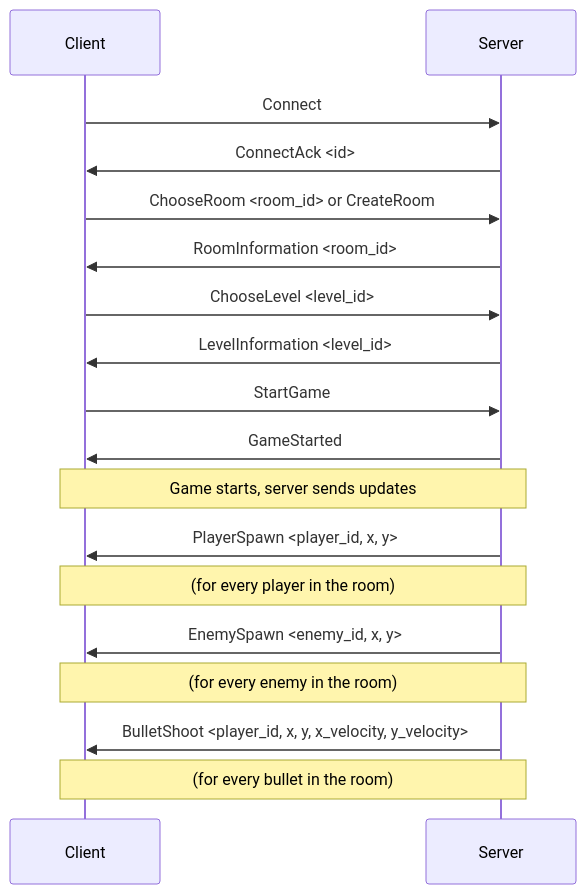
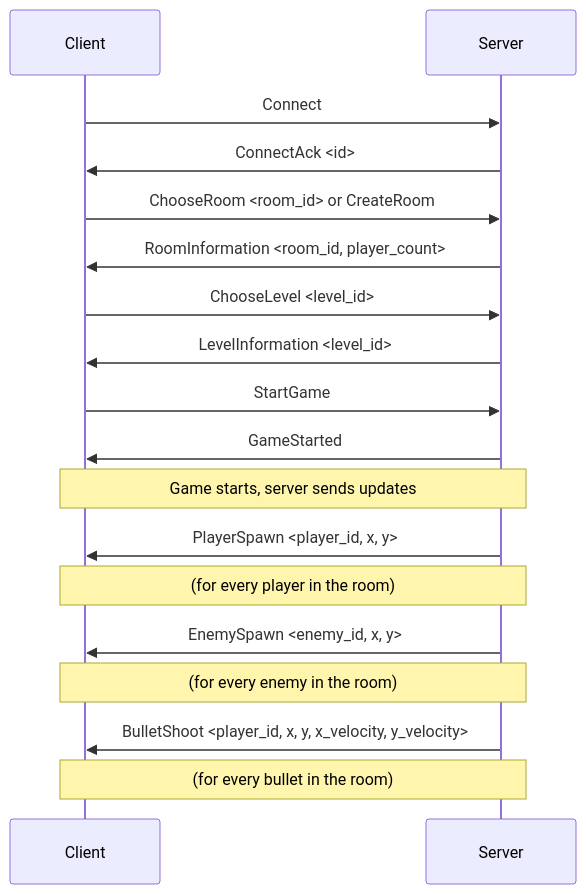
The first of 2 diagrams in docs/PROTOCOL.md (Miou-zora/R-Type), drawn with Mermaid before and after one commit. The commit also changed other lines of this file and 5 other files, not shown here.

````diff
--- a/docs/PROTOCOL.md
+++ b/docs/PROTOCOL.md
@@ -118,20 +119,20 @@
 ```mermaid
 sequenceDiagram
     participant C as Client
     participant S as Server
     C->>S: Connect
     S->>C: ConnectAck <id>
     C->>S: ChooseRoom <room_id> or CreateRoom
-    S->>C: RoomInformation <room_id>
+    S->>C: RoomInformation <room_id, player_count>
     C->>S: ChooseLevel <level_id>
     S->>C: LevelInformation <level_id>
     C->>S: StartGame
     S->>C: GameStarted
     Note over C,S: Game starts, server sends updates
     S->>C: PlayerSpawn <player_id, x, y>
     Note over C,S: (for every player in the room)
     S->>C: EnemySpawn <enemy_id, x, y>
     Note over C,S: (for every enemy in the room)
     S->>C: BulletShoot <player_id, x, y, x_velocity, y_velocity>
     Note over C,S: (for every bullet in the room)
 ```
````
